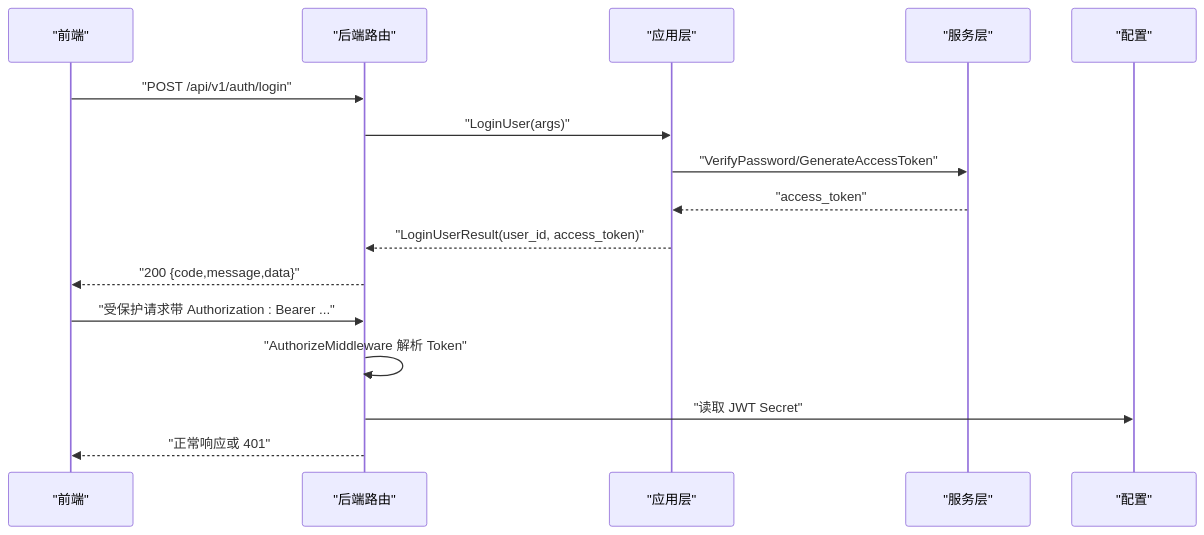
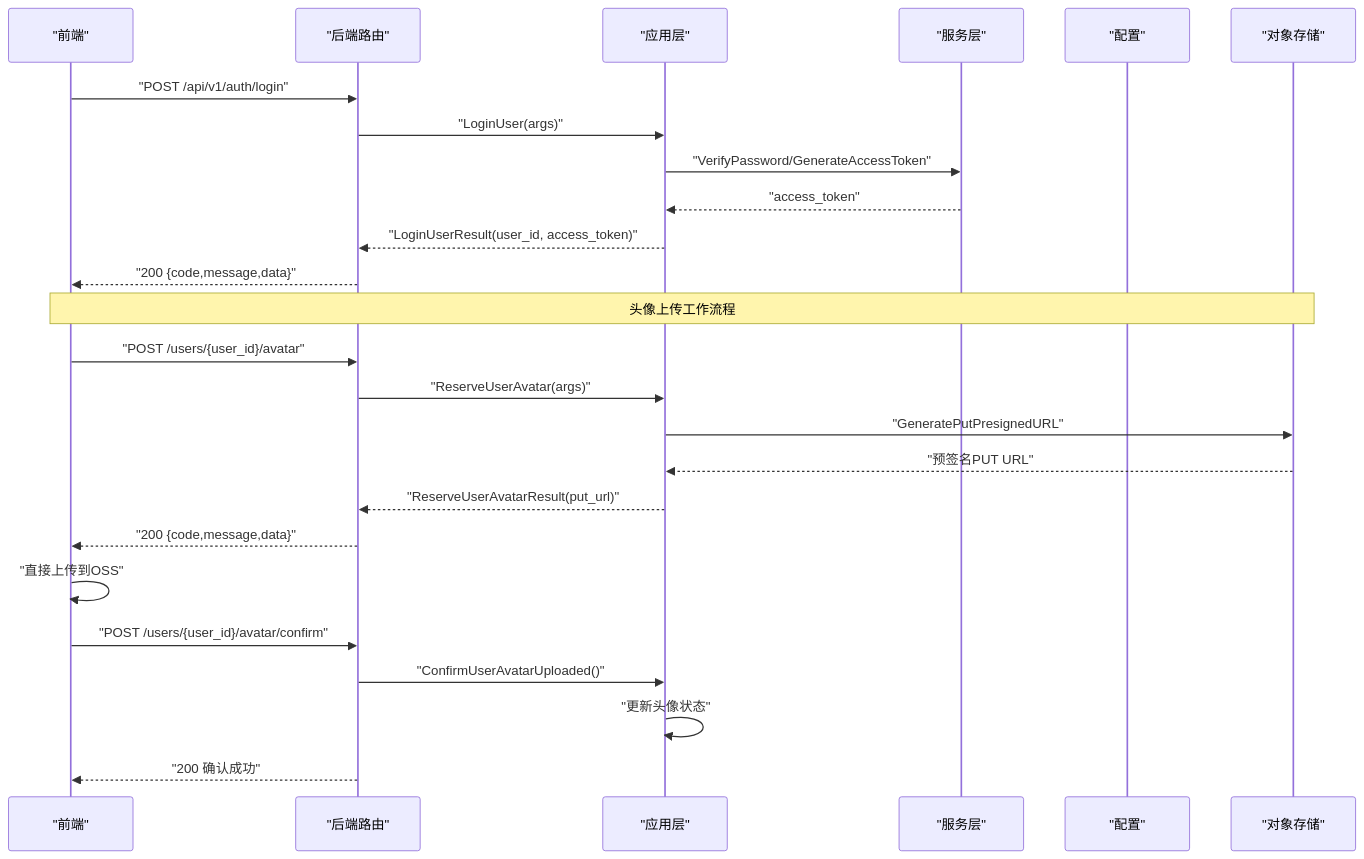
Before and after one commit to ATOMLubover/poprako: the second of 4 diagrams in .qoder/repowiki/zh/content/API 接口文档/认证接口.md, drawn with Mermaid. The commit also changed other lines of this file and 5 other files, not shown here.

````diff
--- a/.qoder/repowiki/zh/content/API 接口文档/认证接口.md
+++ b/.qoder/repowiki/zh/content/API 接口文档/认证接口.md
@@ -94,18 +123,27 @@
 ```mermaid
 sequenceDiagram
 participant FE as "前端"
 participant API as "后端路由"
 participant APP as "应用层"
 participant SVC as "服务层"
 participant CFG as "配置"
+participant OSS as "对象存储"
 FE->>API : "POST /api/v1/auth/login"
 API->>APP : "LoginUser(args)"
 APP->>SVC : "VerifyPassword/GenerateAccessToken"
 SVC-->>APP : "access_token"
 APP-->>API : "LoginUserResult(user_id, access_token)"
 API-->>FE : "200 {code,message,data}"
-FE->>API : "受保护请求带 Authorization : Bearer ..."
-API->>API : "AuthorizeMiddleware 解析 Token"
-API->>CFG : "读取 JWT Secret"
-API-->>FE : "正常响应或 401"
+Note over FE,OSS : 头像上传工作流程
+FE->>API : "POST /users/{user_id}/avatar"
+API->>APP : "ReserveUserAvatar(args)"
+APP->>OSS : "GeneratePutPresignedURL"
+OSS-->>APP : "预签名PUT URL"
+APP-->>API : "ReserveUserAvatarResult(put_url)"
+API-->>FE : "200 {code,message,data}"
+FE->>FE : "直接上传到OSS"
+FE->>API : "POST /users/{user_id}/avatar/confirm"
+API->>APP : "ConfirmUserAvatarUploaded()"
+APP->>APP : "更新头像状态"
+API-->>FE : "200 确认成功"
 ```
````
